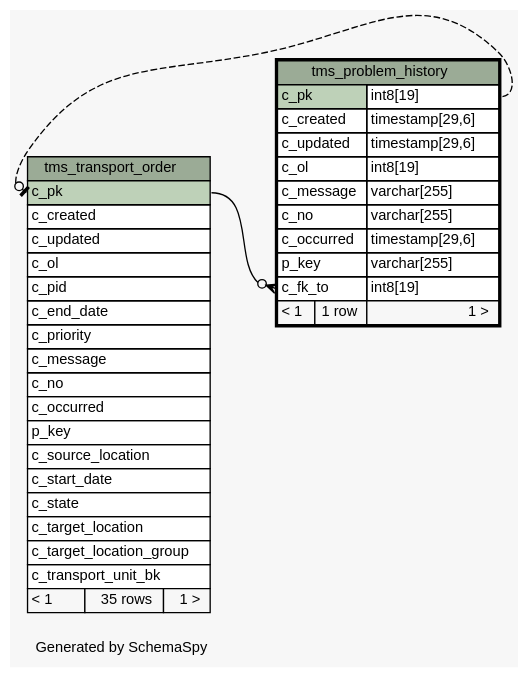
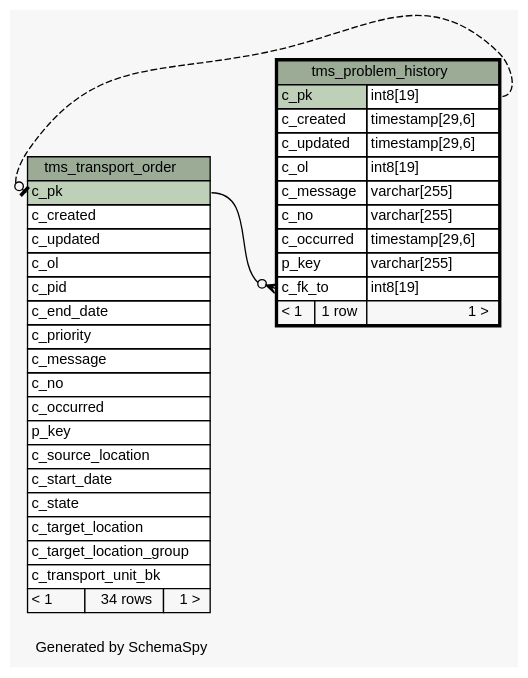
The diagram in 1.4.0-SNAPSHOT/schemaspy/diagrams/tms_problem_history.implied2degrees.dot (openwms/org.openwms.tms.transportation), drawn with Graphviz before and after one commit. The commit also changed 489 other files, not shown here.

```diff
--- a/1.4.0-SNAPSHOT/schemaspy/diagrams/tms_problem_history.implied2degrees.dot
+++ b/1.4.0-SNAPSHOT/schemaspy/diagrams/tms_problem_history.implied2degrees.dot
@@ -1,68 +1,68 @@
-// dot 2.36.0 on Linux 4.4.0-101-generic
+// dot 2.43.0 on Linux 5.11.0-1022-azure
 // SchemaSpy rev Unknown
 digraph "impliedTwoDegreesRelationshipsDiagram" {
   graph [
     rankdir="RL"
     bgcolor="#f7f7f7"
     label="\nGenerated by SchemaSpy"
     labeljust="l"
     nodesep="0.18"
     ranksep="0.46"
     fontname="Helvetica"
     fontsize="11"
   ];
   node [
     fontname="Helvetica"
     fontsize="11"
     shape="plaintext"
   ];
   edge [
     arrowsize="0.8"
   ];
   "tms_problem_history":"c_fk_to":w -> "tms_transport_order":"c_pk":e [arrowhead=none dir=back arrowtail=crowodot];
   "tms_transport_order":"c_pk":w -> "tms_problem_history":"c_pk.type":e [arrowhead=none dir=back arrowtail=teeodot style=dashed];
   "tms_problem_history" [
     label=<
     <TABLE BORDER="2" CELLBORDER="1" CELLSPACING="0" BGCOLOR="#ffffff">
       <TR><TD COLSPAN="3" BGCOLOR="#9bab96" ALIGN="CENTER">tms_problem_history</TD></TR>
       <TR><TD PORT="c_pk" COLSPAN="2" BGCOLOR="#bed1b8" ALIGN="LEFT">c_pk</TD><TD PORT="c_pk.type" ALIGN="LEFT">int8[19]</TD></TR>
       <TR><TD PORT="c_created" COLSPAN="2" ALIGN="LEFT">c_created</TD><TD PORT="c_created.type" ALIGN="LEFT">timestamp[29,6]</TD></TR>
       <TR><TD PORT="c_updated" COLSPAN="2" ALIGN="LEFT">c_updated</TD><TD PORT="c_updated.type" ALIGN="LEFT">timestamp[29,6]</TD></TR>
       <TR><TD PORT="c_ol" COLSPAN="2" ALIGN="LEFT">c_ol</TD><TD PORT="c_ol.type" ALIGN="LEFT">int8[19]</TD></TR>
       <TR><TD PORT="c_message" COLSPAN="2" ALIGN="LEFT">c_message</TD><TD PORT="c_message.type" ALIGN="LEFT">varchar[255]</TD></TR>
       <TR><TD PORT="c_no" COLSPAN="2" ALIGN="LEFT">c_no</TD><TD PORT="c_no.type" ALIGN="LEFT">varchar[255]</TD></TR>
       <TR><TD PORT="c_occurred" COLSPAN="2" ALIGN="LEFT">c_occurred</TD><TD PORT="c_occurred.type" ALIGN="LEFT">timestamp[29,6]</TD></TR>
       <TR><TD PORT="p_key" COLSPAN="2" ALIGN="LEFT">p_key</TD><TD PORT="p_key.type" ALIGN="LEFT">varchar[255]</TD></TR>
       <TR><TD PORT="c_fk_to" COLSPAN="2" ALIGN="LEFT">c_fk_to</TD><TD PORT="c_fk_to.type" ALIGN="LEFT">int8[19]</TD></TR>
       <TR><TD ALIGN="LEFT" BGCOLOR="#f7f7f7">&lt; 1</TD><TD ALIGN="RIGHT" BGCOLOR="#f7f7f7">1 row</TD><TD ALIGN="RIGHT" BGCOLOR="#f7f7f7">1 &gt;</TD></TR>
     </TABLE>>
     URL="tms_problem_history.html"
     tooltip="tms_problem_history"
   ];
   "tms_transport_order" [
     label=<
     <TABLE BORDER="0" CELLBORDER="1" CELLSPACING="0" BGCOLOR="#ffffff">
       <TR><TD COLSPAN="3" BGCOLOR="#9bab96" ALIGN="CENTER">tms_transport_order</TD></TR>
       <TR><TD PORT="c_pk" COLSPAN="3" BGCOLOR="#bed1b8" ALIGN="LEFT">c_pk</TD></TR>
       <TR><TD PORT="c_created" COLSPAN="3" ALIGN="LEFT">c_created</TD></TR>
       <TR><TD PORT="c_updated" COLSPAN="3" ALIGN="LEFT">c_updated</TD></TR>
       <TR><TD PORT="c_ol" COLSPAN="3" ALIGN="LEFT">c_ol</TD></TR>
       <TR><TD PORT="c_pid" COLSPAN="3" ALIGN="LEFT">c_pid</TD></TR>
       <TR><TD PORT="c_end_date" COLSPAN="3" ALIGN="LEFT">c_end_date</TD></TR>
       <TR><TD PORT="c_priority" COLSPAN="3" ALIGN="LEFT">c_priority</TD></TR>
       <TR><TD PORT="c_message" COLSPAN="3" ALIGN="LEFT">c_message</TD></TR>
       <TR><TD PORT="c_no" COLSPAN="3" ALIGN="LEFT">c_no</TD></TR>
       <TR><TD PORT="c_occurred" COLSPAN="3" ALIGN="LEFT">c_occurred</TD></TR>
       <TR><TD PORT="p_key" COLSPAN="3" ALIGN="LEFT">p_key</TD></TR>
       <TR><TD PORT="c_source_location" COLSPAN="3" ALIGN="LEFT">c_source_location</TD></TR>
       <TR><TD PORT="c_start_date" COLSPAN="3" ALIGN="LEFT">c_start_date</TD></TR>
       <TR><TD PORT="c_state" COLSPAN="3" ALIGN="LEFT">c_state</TD></TR>
       <TR><TD PORT="c_target_location" COLSPAN="3" ALIGN="LEFT">c_target_location</TD></TR>
       <TR><TD PORT="c_target_location_group" COLSPAN="3" ALIGN="LEFT">c_target_location_group</TD></TR>
       <TR><TD PORT="c_transport_unit_bk" COLSPAN="3" ALIGN="LEFT">c_transport_unit_bk</TD></TR>
-      <TR><TD ALIGN="LEFT" BGCOLOR="#f7f7f7">&lt; 1</TD><TD ALIGN="RIGHT" BGCOLOR="#f7f7f7">35 rows</TD><TD ALIGN="RIGHT" BGCOLOR="#f7f7f7">1 &gt;</TD></TR>
+      <TR><TD ALIGN="LEFT" BGCOLOR="#f7f7f7">&lt; 1</TD><TD ALIGN="RIGHT" BGCOLOR="#f7f7f7">34 rows</TD><TD ALIGN="RIGHT" BGCOLOR="#f7f7f7">1 &gt;</TD></TR>
     </TABLE>>
     URL="tms_transport_order.html"
     tooltip="tms_transport_order"
   ];
 }
```
